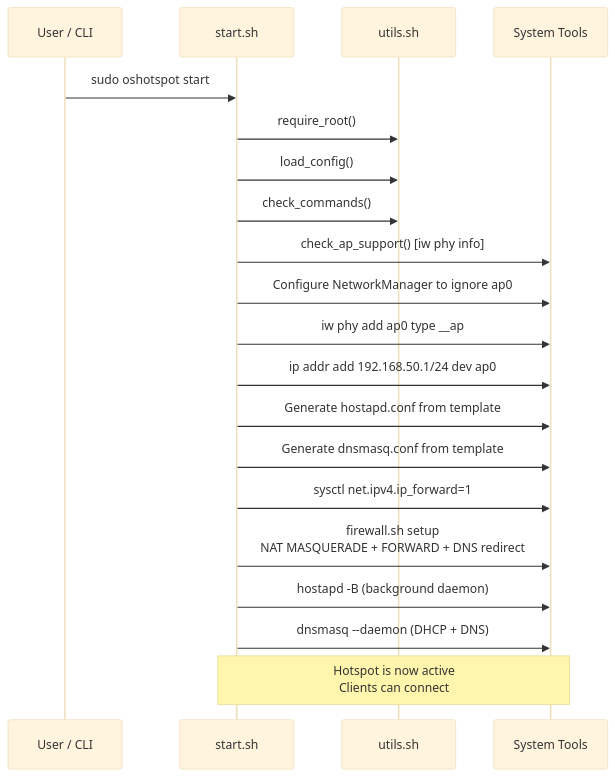
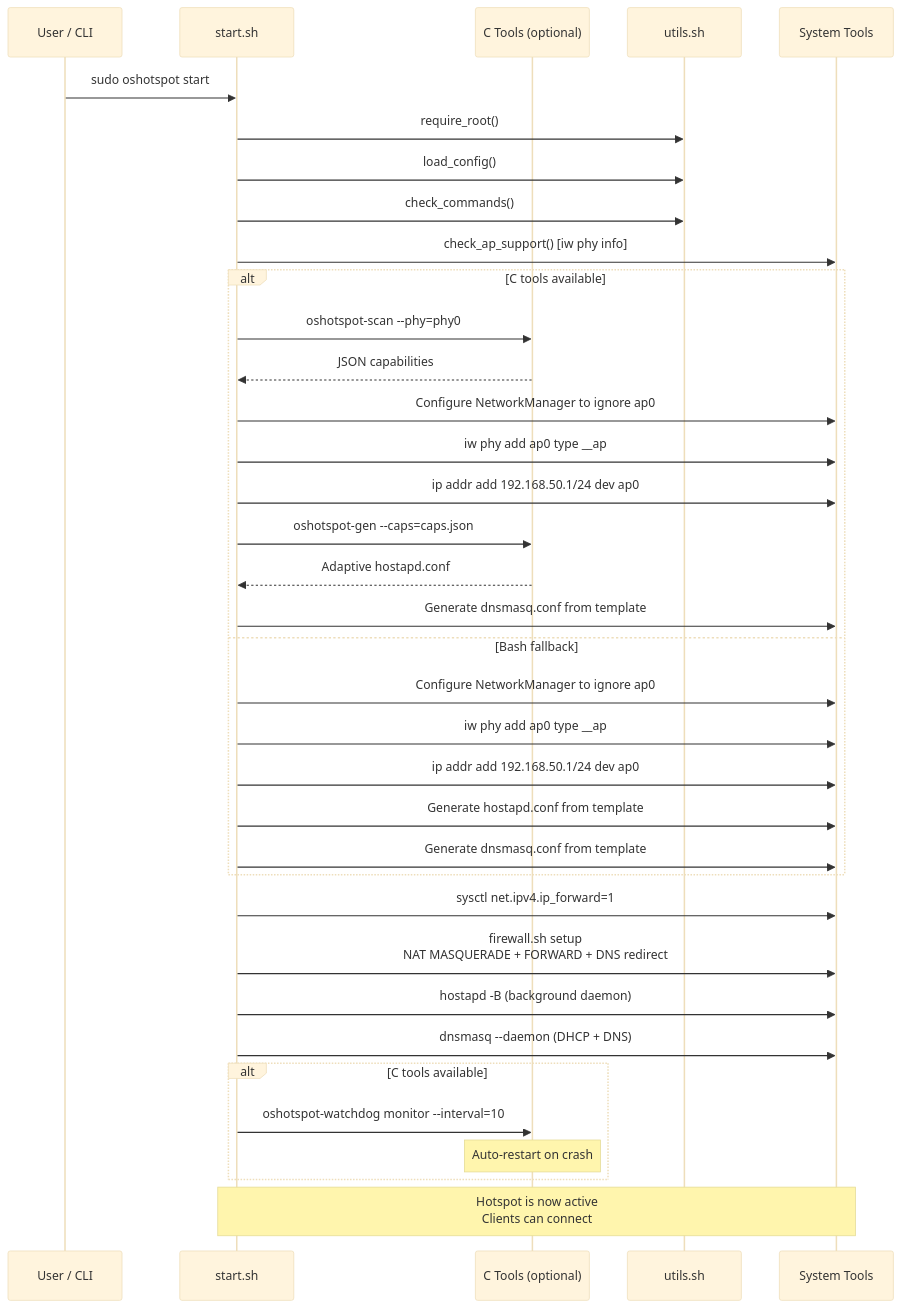
One commit to King03-sam/OSHotspot changed the sixth of 9 diagrams in ARCHITECTURE.md. Above: the diagram before and after it, drawn with Mermaid (base theme). The commit also changed other lines of this file and 9 other files, not shown here.

First line of the commit message:
feat: add C tools for WiFi scanning, adaptive config, and watchdog

````diff
--- a/ARCHITECTURE.md
+++ b/ARCHITECTURE.md
@@ -220,27 +230,44 @@
 ```mermaid
 sequenceDiagram
     participant U as User / CLI
     participant S as start.sh
+    participant C as C Tools (optional)
     participant UTL as utils.sh
     participant SYS as System Tools
 
     U->>S: sudo oshotspot start
     S->>UTL: require_root()
     S->>UTL: load_config()
     S->>UTL: check_commands()
     S->>SYS: check_ap_support() [iw phy info]
 
-    S->>SYS: Configure NetworkManager to ignore ap0
-    S->>SYS: iw phy add ap0 type __ap
-    S->>SYS: ip addr add 192.168.50.1/24 dev ap0
-    S->>SYS: Generate hostapd.conf from template
-    S->>SYS: Generate dnsmasq.conf from template
+    alt C tools available
+        S->>C: oshotspot-scan --phy=phy0
+        C-->>S: JSON capabilities
+        S->>SYS: Configure NetworkManager to ignore ap0
+        S->>SYS: iw phy add ap0 type __ap
+        S->>SYS: ip addr add 192.168.50.1/24 dev ap0
+        S->>C: oshotspot-gen --caps=caps.json
+        C-->>S: Adaptive hostapd.conf
+        S->>SYS: Generate dnsmasq.conf from template
+    else Bash fallback
+        S->>SYS: Configure NetworkManager to ignore ap0
+        S->>SYS: iw phy add ap0 type __ap
+        S->>SYS: ip addr add 192.168.50.1/24 dev ap0
+        S->>SYS: Generate hostapd.conf from template
+        S->>SYS: Generate dnsmasq.conf from template
+    end
+
     S->>SYS: sysctl net.ipv4.ip_forward=1
-
     S->>SYS: firewall.sh setup<br/>NAT MASQUERADE + FORWARD + DNS redirect
 
     S->>SYS: hostapd -B (background daemon)
     S->>SYS: dnsmasq --daemon (DHCP + DNS)
 
+    alt C tools available
+        S->>C: oshotspot-watchdog monitor --interval=10
+        Note over C: Auto-restart on crash
+    end
+
     Note over S,SYS: Hotspot is now active<br/>Clients can connect
 ```
````
